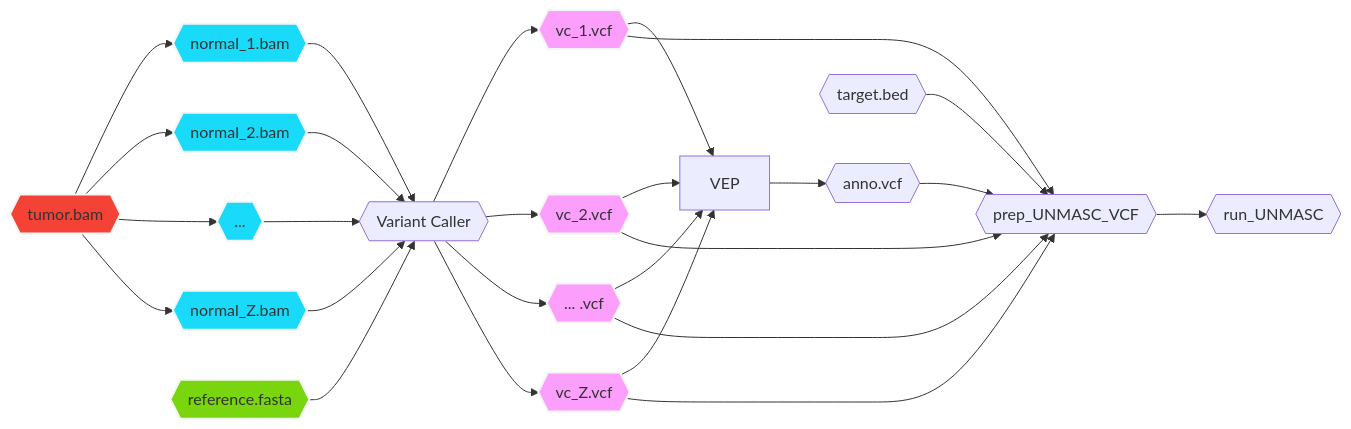
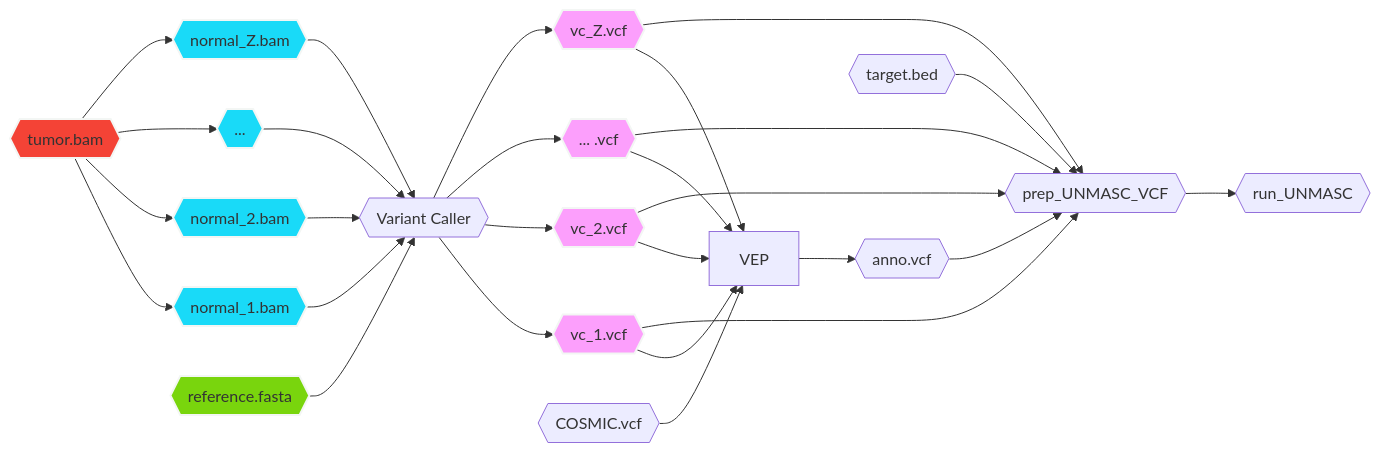
The diagram in workflow/inputs.md (pllittle/UNMASC), drawn with Mermaid before and after one commit.

Commit message:
flow colors

````diff
--- a/workflow/inputs.md
+++ b/workflow/inputs.md
@@ -14,21 +14,21 @@
 ```mermaid
 flowchart LR;
 	tbam{{tumor.bam}} --> nbam1{{normal_1.bam}} & nbam2{{normal_2.bam}} & dots{{...}} & nbamZ{{normal_Z.bam}} --> caller{{Variant Caller}}
 	caller --> vcf1{{vc_1.vcf}} & vcf2{{vc_2.vcf}} & dotsv{{... .vcf}} & vcfZ{{vc_Z.vcf}}
 	fasta{{reference.fasta}} --> caller
-	vcf1 & vcf2 & dotsv & vcfZ --> VEP --> anno{{anno.vcf}}
+	cosmic{{COSMIC.vcf}} & vcf1 & vcf2 & dotsv & vcfZ --> VEP --> anno{{anno.vcf}}
 	vcf1 & vcf2 & dotsv & vcfZ & anno --> prepU{{prep_UNMASC_VCF}}
 	targ{{target.bed}} --> prepU
 	prepU --> UNMASC{{run_UNMASC}}
 	
 	classDef myred fill:#f44336,stroke:#f3f6f4,stroke-width:2px
 	classDef myblue fill:#19daf8,stroke:#f3f6f4,stroke-width:2px
 	classDef mygreen fill:#79d50d,stroke:#f3f6f4,stroke-width:2px
 	classDef mymagenta fill:#fc9ffc,stroke:#f3f6f4,stroke-width:2px
 	
 	class tbam myred
 	class nbam1,nbam2,dots,nbamZ myblue
 	class fasta mygreen
 	class vcf1,vcf2,dotsv,vcfZ mymagenta
 	
 ```
````
